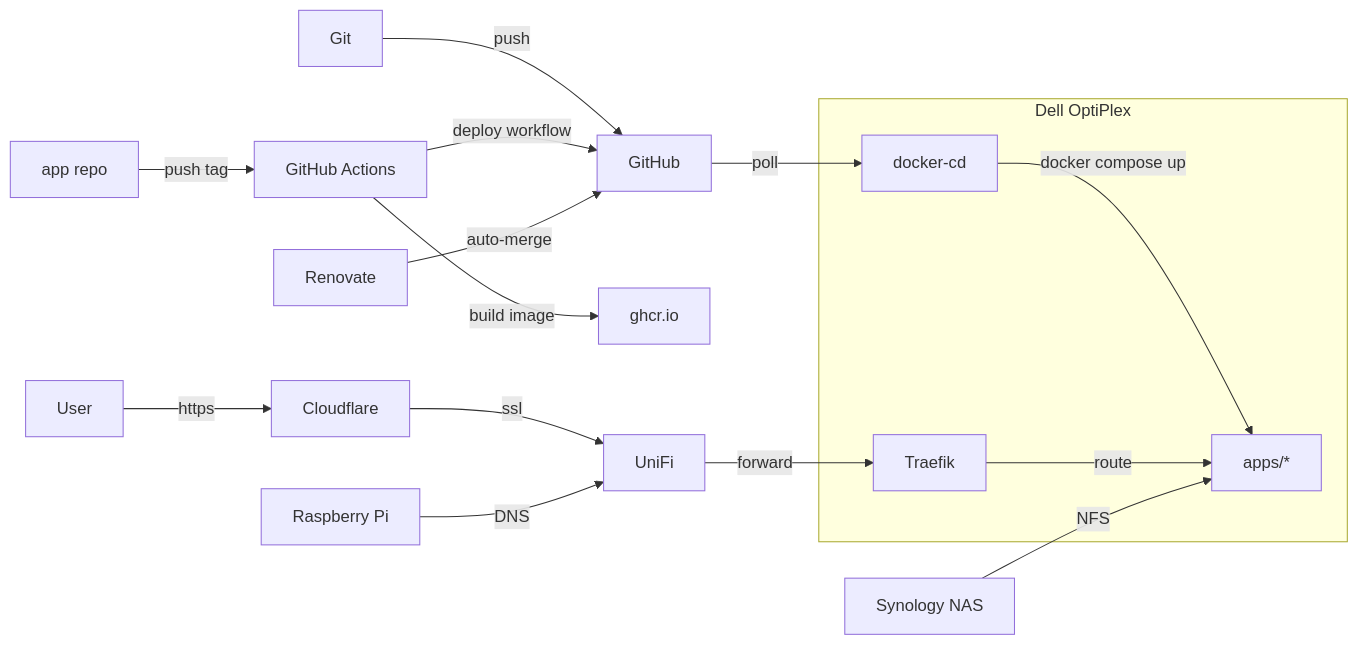
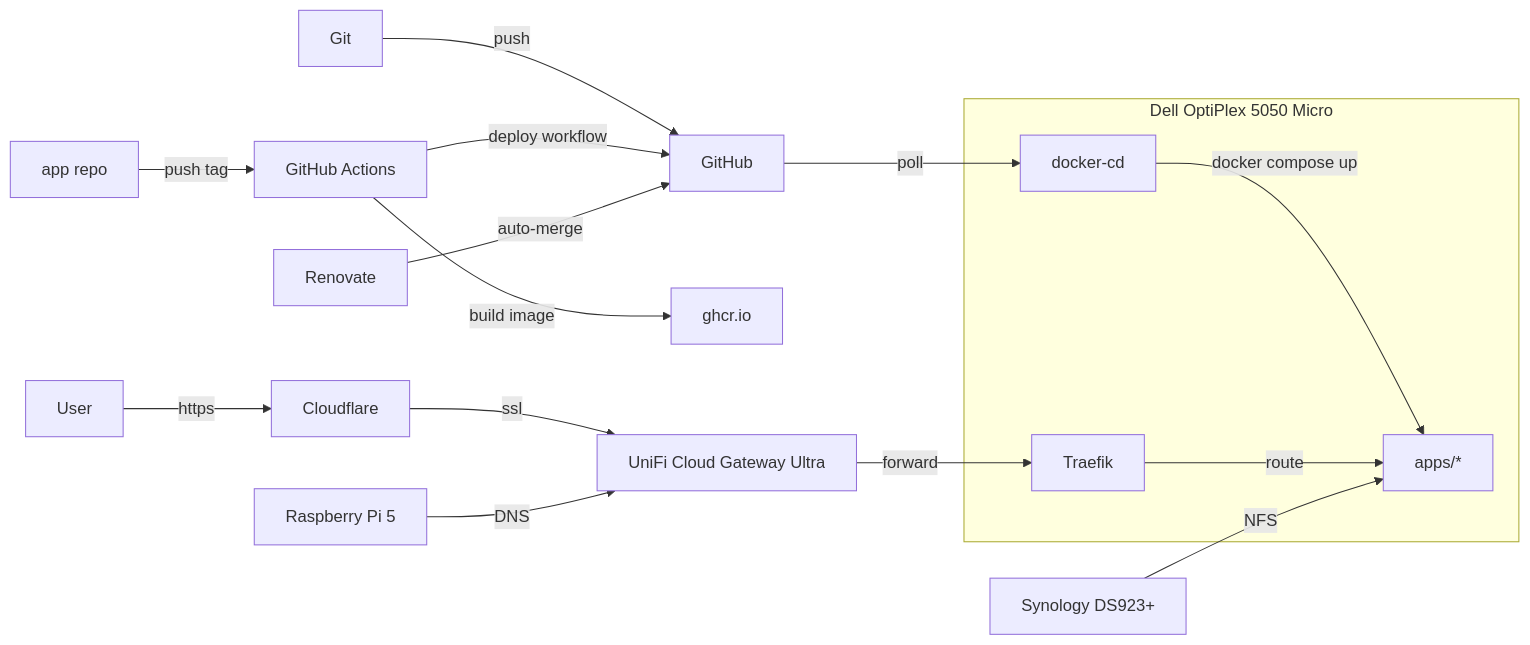
One commit to wajeht/home-ops changed the diagram in README.md. Above: the diagram before and after it, drawn with Mermaid.

Commit message:
docs: update homelab infrastructure diagram and descriptions

````diff
--- a/README.md
+++ b/README.md
@@ -17,16 +17,16 @@
 ```mermaid
 flowchart LR
-    subgraph Dell[Dell OptiPlex]
+    subgraph Dell[Dell OptiPlex 5050 Micro]
         docker-cd -->|docker compose up| Apps[apps/*]
         Traefik -->|route| Apps
     end
 
     Git -->|push| GitHub -->|poll| docker-cd
     AppRepo[app repo] -->|push tag| Actions[GitHub Actions]
     Actions -->|build image| GHCR[ghcr.io]
     Actions -->|deploy workflow| GitHub
     Renovate -->|auto-merge| GitHub
-    User -->|https| Cloudflare -->|ssl| UniFi -->|forward| Traefik
-    NAS[Synology NAS] -->|NFS| Apps
-    Pi[Raspberry Pi] -->|DNS| UniFi
+    User -->|https| Cloudflare -->|ssl| UniFi[UniFi Cloud Gateway Ultra] -->|forward| Traefik
+    NAS[Synology DS923+] -->|NFS| Apps
+    Pi[Raspberry Pi 5] -->|DNS| UniFi
 ```
````
